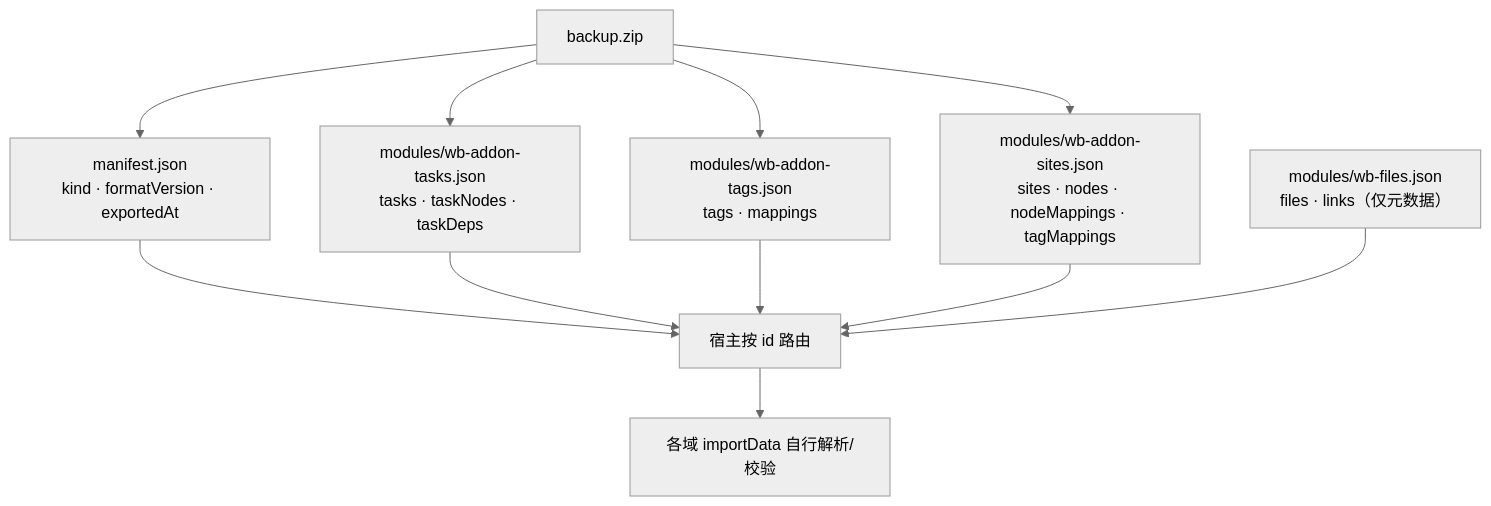
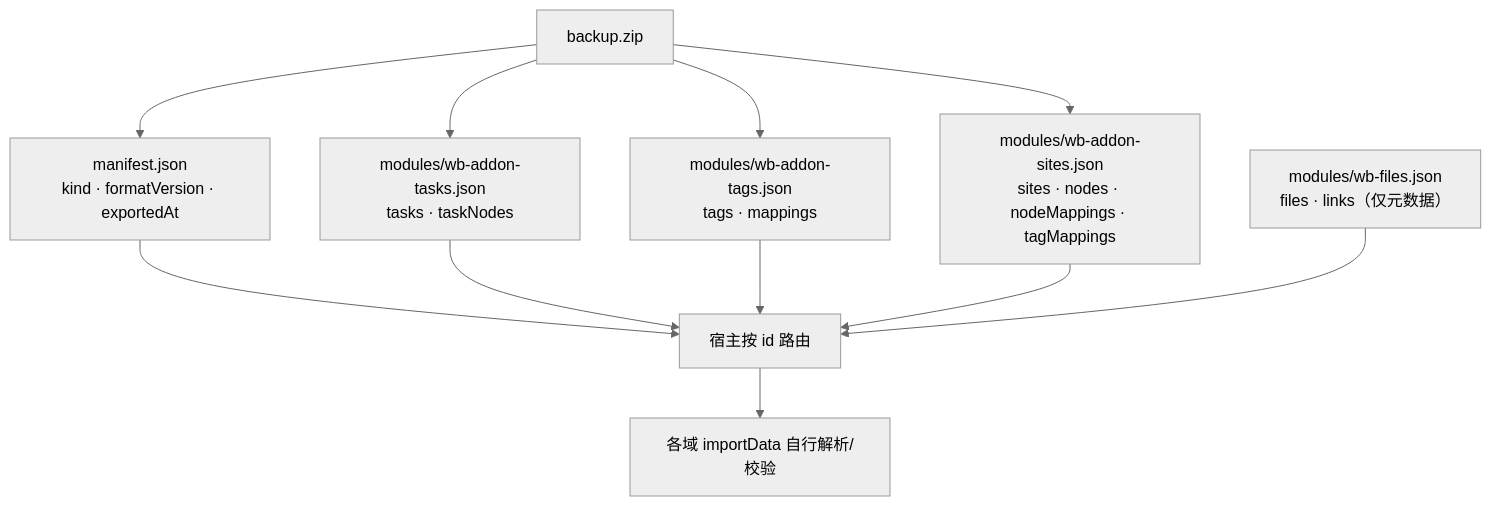
The first of 3 diagrams in docs/specs/15-数据备份.md (ityyq777/dsh-workbench-source), drawn with Mermaid (neutral theme) before and after one commit. The commit also changed other lines of this file and 20 other files, not shown here.

````diff
--- a/docs/specs/15-数据备份.md
+++ b/docs/specs/15-数据备份.md
@@ -57,14 +57,14 @@
 ```mermaid
 flowchart TD
   ZIP["backup.zip"] --> MAN["manifest.json<br/>kind · formatVersion · exportedAt"]
-  ZIP --> T["modules/wb-addon-tasks.json<br/>tasks · taskNodes · taskDeps"]
+  ZIP --> T["modules/wb-addon-tasks.json<br/>tasks · taskNodes"]
   ZIP --> G["modules/wb-addon-tags.json<br/>tags · mappings"]
   ZIP --> S["modules/wb-addon-sites.json<br/>sites · nodes · nodeMappings · tagMappings"]
   F["modules/wb-files.json<br/>files · links（仅元数据）"]
   MAN --> ROUTE["宿主按 id 路由"]
   T --> ROUTE
   G --> ROUTE
   S --> ROUTE
   F --> ROUTE
   ROUTE --> DOMAIN["各域 importData 自行解析/校验"]
 ```
````
